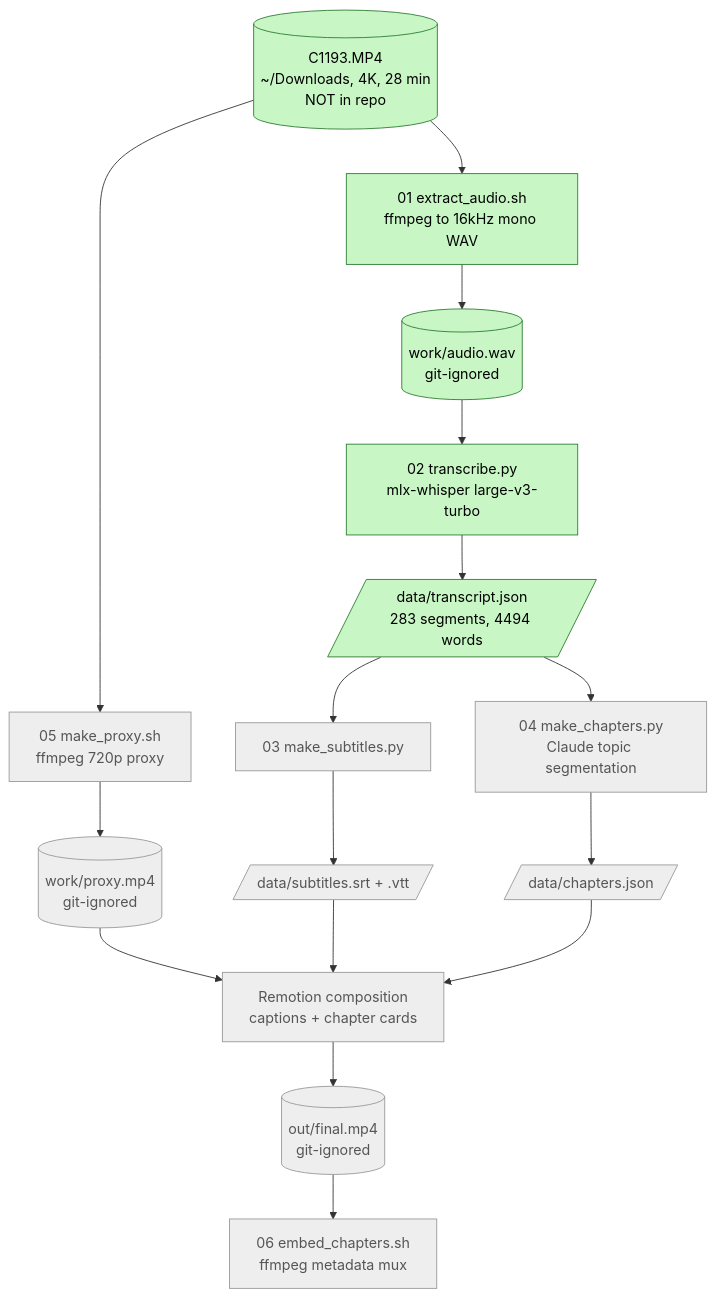
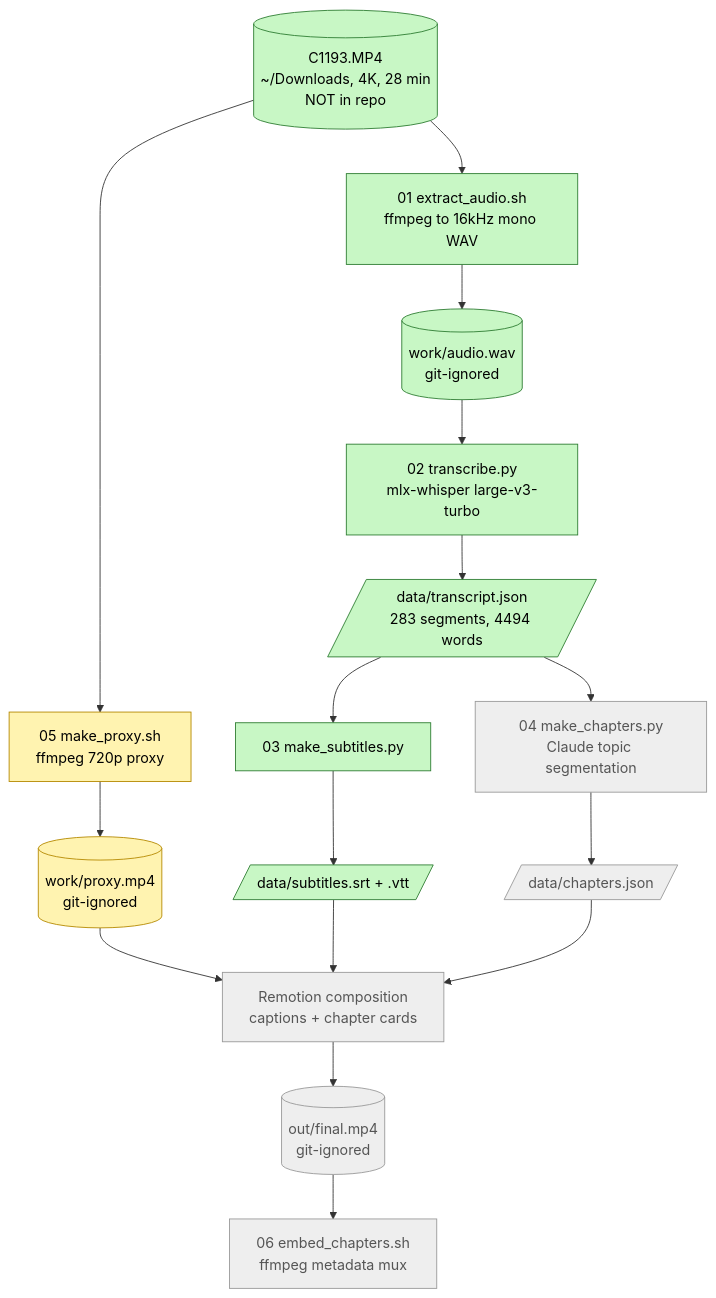
One commit to rifaterdemsahin/2026-W46_Delivery_Pilot_Interview changed the diagram in README.md. Above: the diagram before and after it, drawn with Mermaid. The commit also changed other lines of this file and 5 other files, not shown here.

Commit message:
Add subtitle generation (SRT/VTT) and proxy script; update diagram

````diff
--- a/README.md
+++ b/README.md
@@ -11,30 +11,30 @@
 ```mermaid
 flowchart TD
     SRC[("C1193.MP4<br/>~/Downloads, 4K, 28 min<br/>NOT in repo")]:::done
     S1["01 extract_audio.sh<br/>ffmpeg to 16kHz mono WAV"]:::done
     WAV[("work/audio.wav<br/>git-ignored")]:::done
     S2["02 transcribe.py<br/>mlx-whisper large-v3-turbo"]:::done
     TJ[/"data/transcript.json<br/>283 segments, 4494 words"/]:::done
-    S3["03 make_subtitles.py"]:::todo
-    SUB[/"data/subtitles.srt + .vtt"/]:::todo
+    S3["03 make_subtitles.py"]:::done
+    SUB[/"data/subtitles.srt + .vtt"/]:::done
     S4["04 make_chapters.py<br/>Claude topic segmentation"]:::todo
     CH[/"data/chapters.json"/]:::todo
-    S5["05 make_proxy.sh<br/>ffmpeg 720p proxy"]:::todo
-    PX[("work/proxy.mp4<br/>git-ignored")]:::todo
+    S5["05 make_proxy.sh<br/>ffmpeg 720p proxy"]:::wip
+    PX[("work/proxy.mp4<br/>git-ignored")]:::wip
     RM["Remotion composition<br/>captions + chapter cards"]:::todo
     OUT[("out/final.mp4<br/>git-ignored")]:::todo
     S8["06 embed_chapters.sh<br/>ffmpeg metadata mux"]:::todo
 
     SRC --> S1 --> WAV --> S2 --> TJ
     TJ --> S3 --> SUB
     TJ --> S4 --> CH
     SRC --> S5 --> PX
     PX --> RM
     SUB --> RM
     CH --> RM
     RM --> OUT --> S8
 
     classDef done fill:#c8f7c5,stroke:#2e7d32,color:#000
     classDef wip fill:#fff3b0,stroke:#b58900,color:#000
     classDef todo fill:#eee,stroke:#999,color:#555
 ```
````
